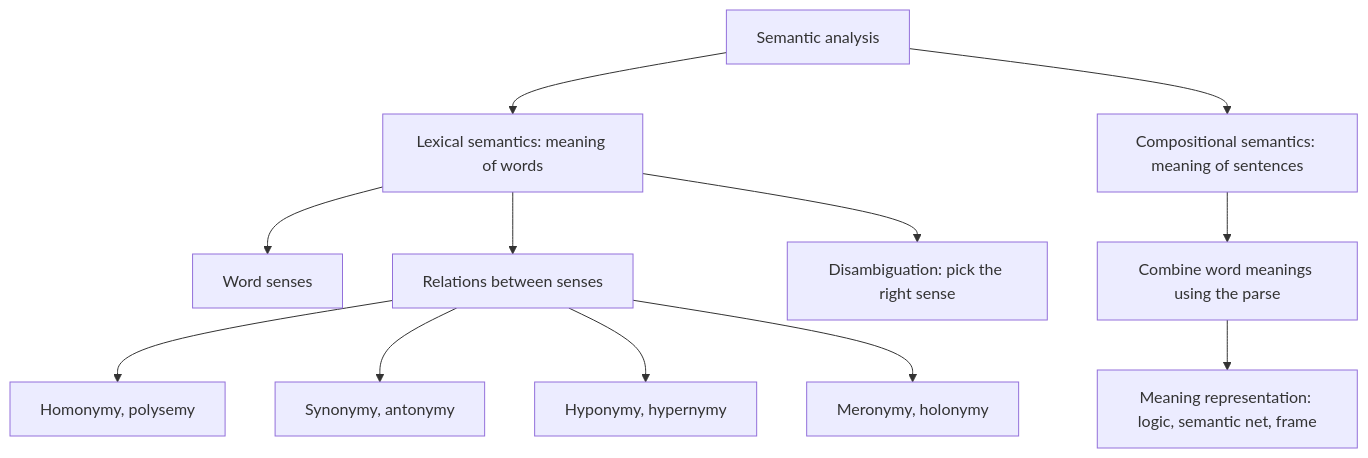
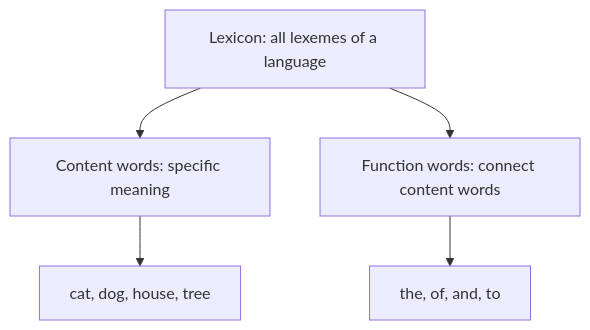
The first of 6 diagrams in content/natural-language-processing/notes/lexical-semantics.mdx (TrendySloth1001/sem-seven-notes), drawn with Mermaid before and after one commit. The commit also changed other lines of this file and 406 other files, not shown here.

````diff
--- a/content/natural-language-processing/notes/lexical-semantics.mdx
+++ b/content/natural-language-processing/notes/lexical-semantics.mdx
@@ -71,15 +33,8 @@
 ```mermaid
-%% caption: Parts of semantic analysis. The left branch (lexical semantics) is the focus of this note; the right branch builds sentence meaning and ends in a meaning representation.
+%% caption: The lexicon and the two kinds of lexemes in it.
 flowchart TD
-  S["Semantic analysis"] --> L["Lexical semantics: meaning of words"]
-  S --> C["Compositional semantics: meaning of sentences"]
-  L --> L1["Word senses"]
-  L --> L2["Relations between senses"]
-  L --> L3["Disambiguation: pick the right sense"]
-  L2 --> R1["Homonymy, polysemy"]
-  L2 --> R2["Synonymy, antonymy"]
-  L2 --> R3["Hyponymy, hypernymy"]
-  L2 --> R4["Meronymy, holonymy"]
-  C --> C1["Combine word meanings using the parse"]
-  C1 --> C2["Meaning representation: logic, semantic net, frame"]
+  A["Lexicon: all lexemes of a language"] --> B["Content words: specific meaning"]
+  A --> C["Function words: connect content words"]
+  B --> B1["cat, dog, house, tree"]
+  C --> C1["the, of, and, to"]
 ```
````
